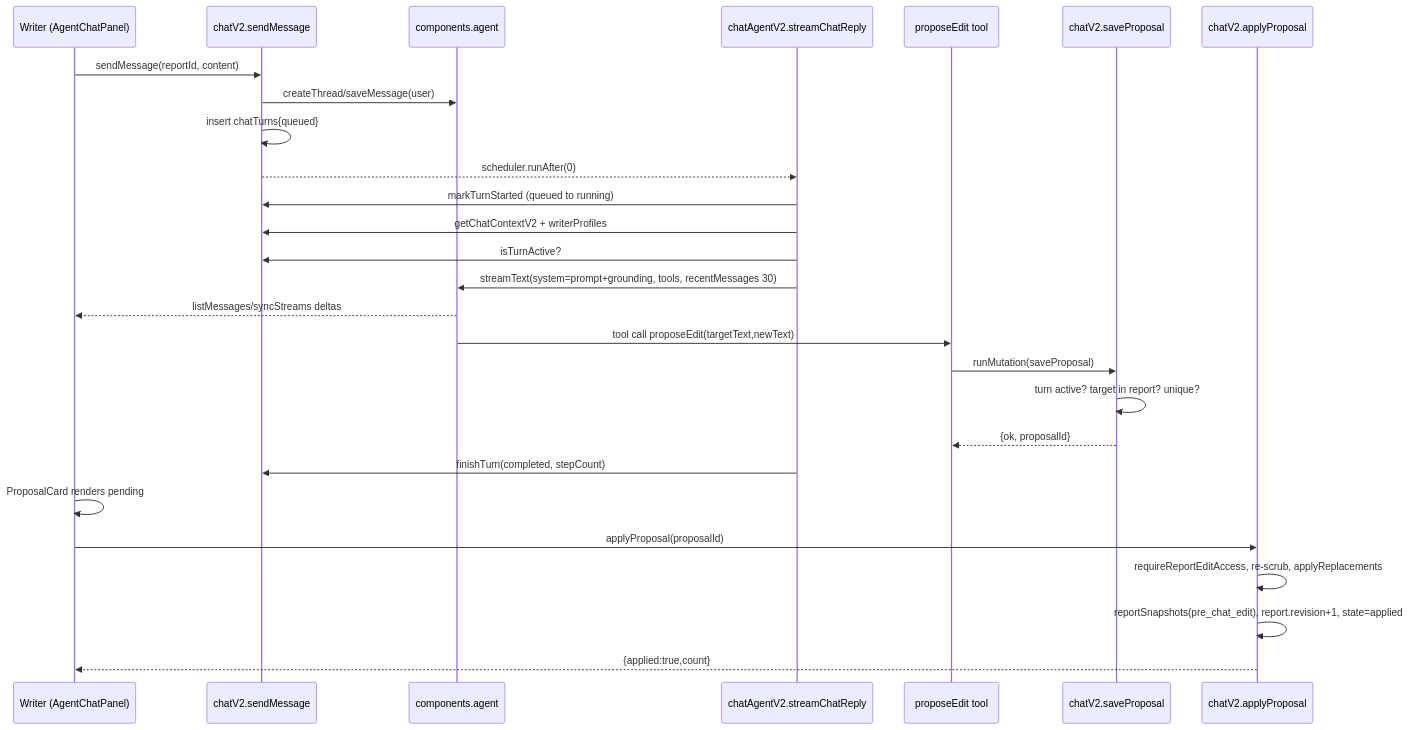
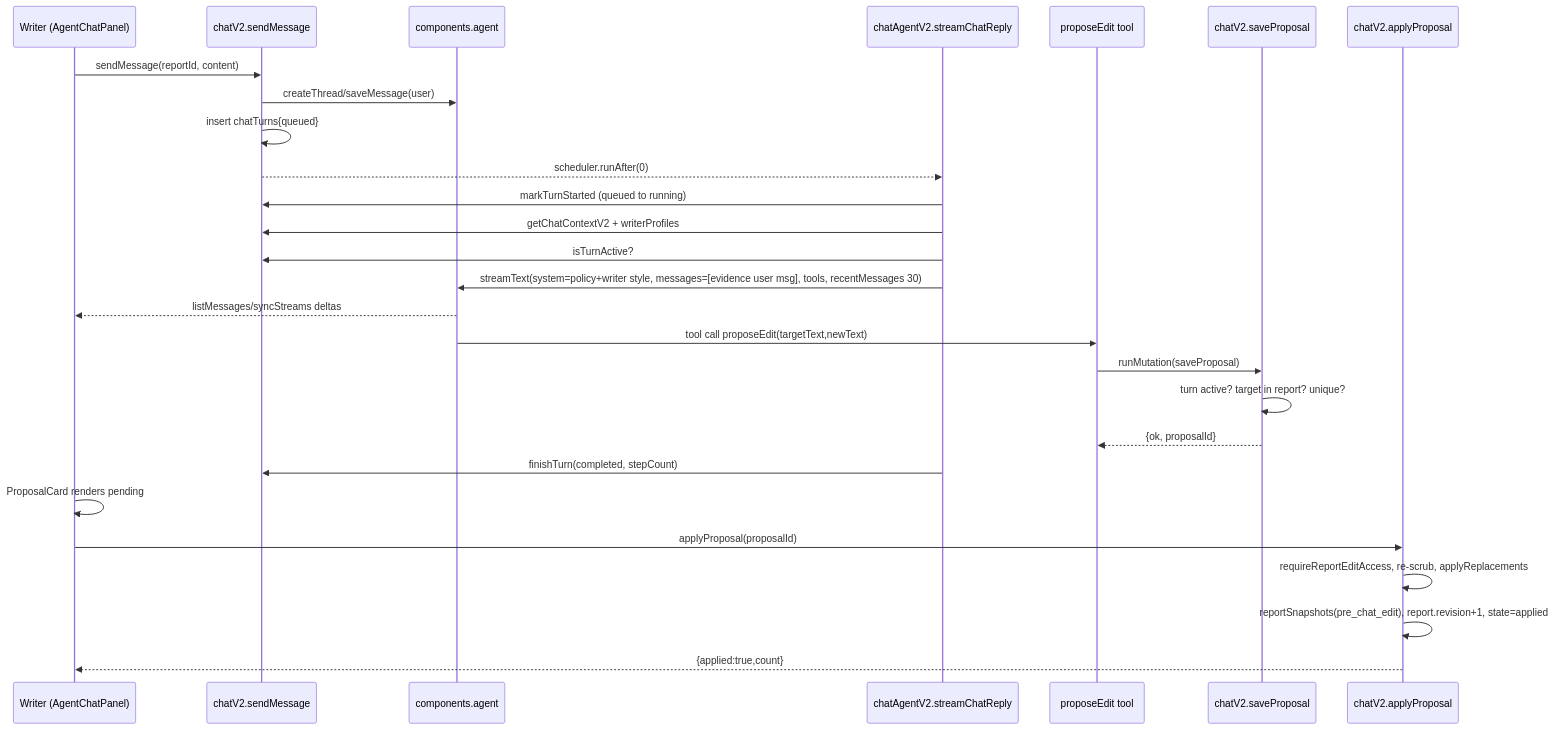
Before and after one commit to Choquer-agency/Banhall: the eighth of 11 diagrams in docs/system-map.md, drawn with Mermaid. The commit also changed other lines of this file and 13 other files, not shown here.

````diff
--- a/docs/system-map.md
+++ b/docs/system-map.md
@@ -266,29 +266,29 @@
 ```mermaid
 sequenceDiagram
   participant W as Writer (AgentChatPanel)
   participant M as chatV2.sendMessage
   participant C as components.agent
   participant A as chatAgentV2.streamChatReply
   participant T as proposeEdit tool
   participant S as chatV2.saveProposal
   participant P as chatV2.applyProposal
   W->>M: sendMessage(reportId, content)
   M->>C: createThread/saveMessage(user)
   M->>M: insert chatTurns{queued}
   M-->>A: scheduler.runAfter(0)
   A->>M: markTurnStarted (queued to running)
   A->>M: getChatContextV2 + writerProfiles
   A->>M: isTurnActive?
-  A->>C: streamText(system=prompt+grounding, tools, recentMessages 30)
+  A->>C: streamText(system=policy+writer style, messages=[evidence user msg], tools, recentMessages 30)
   C-->>W: listMessages/syncStreams deltas
   C->>T: tool call proposeEdit(targetText,newText)
   T->>S: runMutation(saveProposal)
   S->>S: turn active? target in report? unique?
   S-->>T: {ok, proposalId}
   A->>M: finishTurn(completed, stepCount)
   W->>W: ProposalCard renders pending
   W->>P: applyProposal(proposalId)
   P->>P: requireReportEditAccess, re-scrub, applyReplacements
   P->>P: reportSnapshots(pre_chat_edit), report.revision+1, state=applied
   P-->>W: {applied:true,count}
 ```
````
